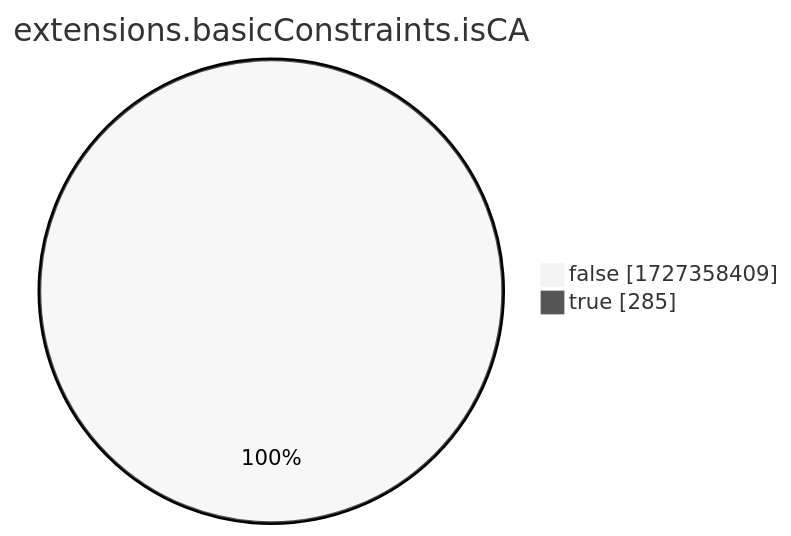
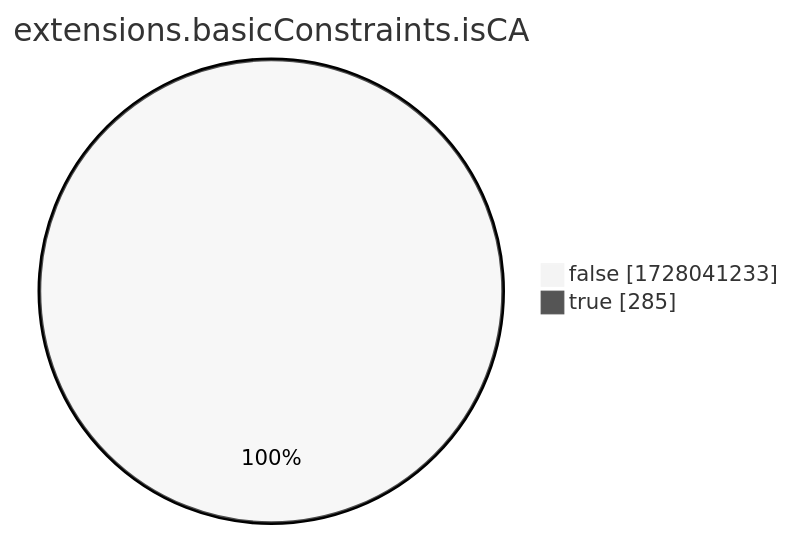
Before and after one commit to christiankrug/ctmonitor_visualization: the eighth of 15 diagrams in xenon2022/README.md, drawn with Mermaid (neutral theme). The commit also changed other lines of this file, not shown here.

````diff
--- a/xenon2022/README.md
+++ b/xenon2022/README.md
@@ -2867,6 +2867,6 @@
 ```mermaid
 pie showData
 title extensions.basicConstraints.isCA
-"false" :1727358409
+"false" :1728041233
 "true" :285
 ```
````
